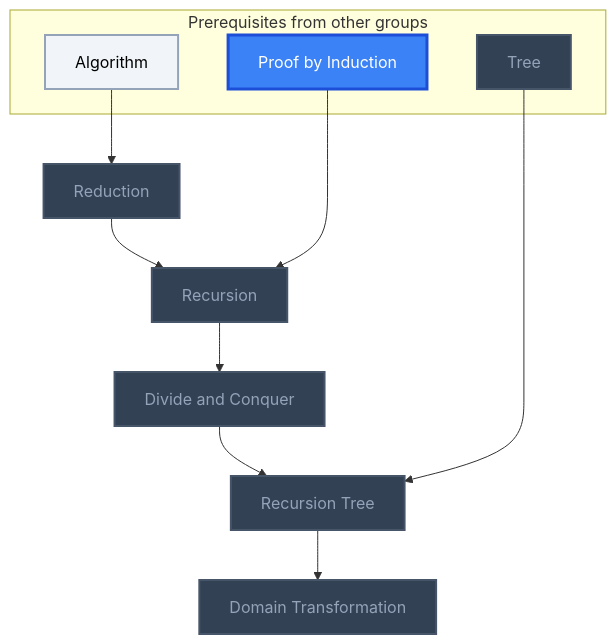
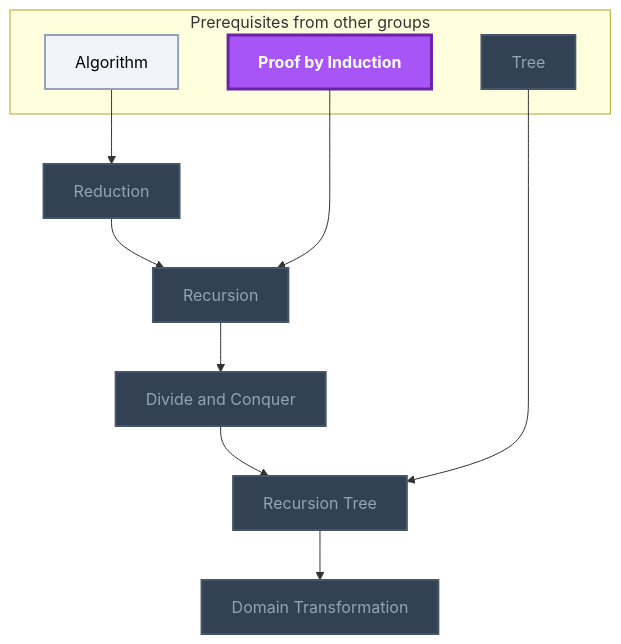
One commit to MRauf1/My-Notes changed the third of 17 diagrams in Gamification/Skill Trees/Data Structures and Algorithms.md. Above: the diagram before and after it, drawn with Mermaid. The commit also changed other lines of this file and 145 other files, not shown here.

````diff
--- a/Gamification/Skill Trees/Data Structures and Algorithms.md
+++ b/Gamification/Skill Trees/Data Structures and Algorithms.md
@@ -88,33 +90,33 @@
 ```mermaid
 flowchart TD
     classDef planned fill:#1E293B,stroke:#64748B,stroke-width:2px,stroke-dasharray:5 5,color:#94A3B8;
     classDef locked fill:#334155,stroke:#475569,stroke-width:2px,color:#94A3B8;
     classDef L0 fill:#F1F5F9,stroke:#94A3B8,stroke-width:2px,color:#000000;
     classDef L1 fill:#22C55E,stroke:#15803D,stroke-width:2px,color:#000000;
     classDef L2 fill:#3B82F6,stroke:#1D4ED8,stroke-width:3px,color:#FFFFFF;
     classDef L3 fill:#A855F7,stroke:#6B21A8,stroke-width:3px,color:#FFFFFF,font-weight:bold;
     classDef L4 fill:#F97316,stroke:#C2410C,stroke-width:4px,color:#000000,font-weight:bold;
     classDef L5 fill:#FFD700,stroke:#FF8C00,stroke-width:5px,color:#000000,font-weight:bold;
     classDef rusty stroke:#8B4513,stroke-width:4px,stroke-dasharray:3 3;
     subgraph sg_prereqs["Prerequisites from other groups"]
         n_algorithm["Algorithm"]
         n_proof_by_induction["Proof by Induction"]
         n_tree["Tree"]
     end
     n_reduction["Reduction"]
     n_recursion["Recursion"]
     n_divide_and_conquer["Divide and Conquer"]
     n_recursion_tree["Recursion Tree"]
     n_domain_transformation["Domain Transformation"]
     n_algorithm --> n_reduction
     n_reduction --> n_recursion
     n_proof_by_induction --> n_recursion
     n_recursion --> n_divide_and_conquer
     n_divide_and_conquer --> n_recursion_tree
     n_tree --> n_recursion_tree
     n_recursion_tree --> n_domain_transformation
     class n_tree,n_reduction,n_recursion,n_divide_and_conquer,n_recursion_tree,n_domain_transformation locked;
     class n_algorithm L0;
-    class n_proof_by_induction L2;
+    class n_proof_by_induction L3;
     class n_algorithm,n_proof_by_induction,n_tree,n_reduction,n_recursion,n_divide_and_conquer,n_recursion_tree,n_domain_transformation internal-link;
 ```
````
